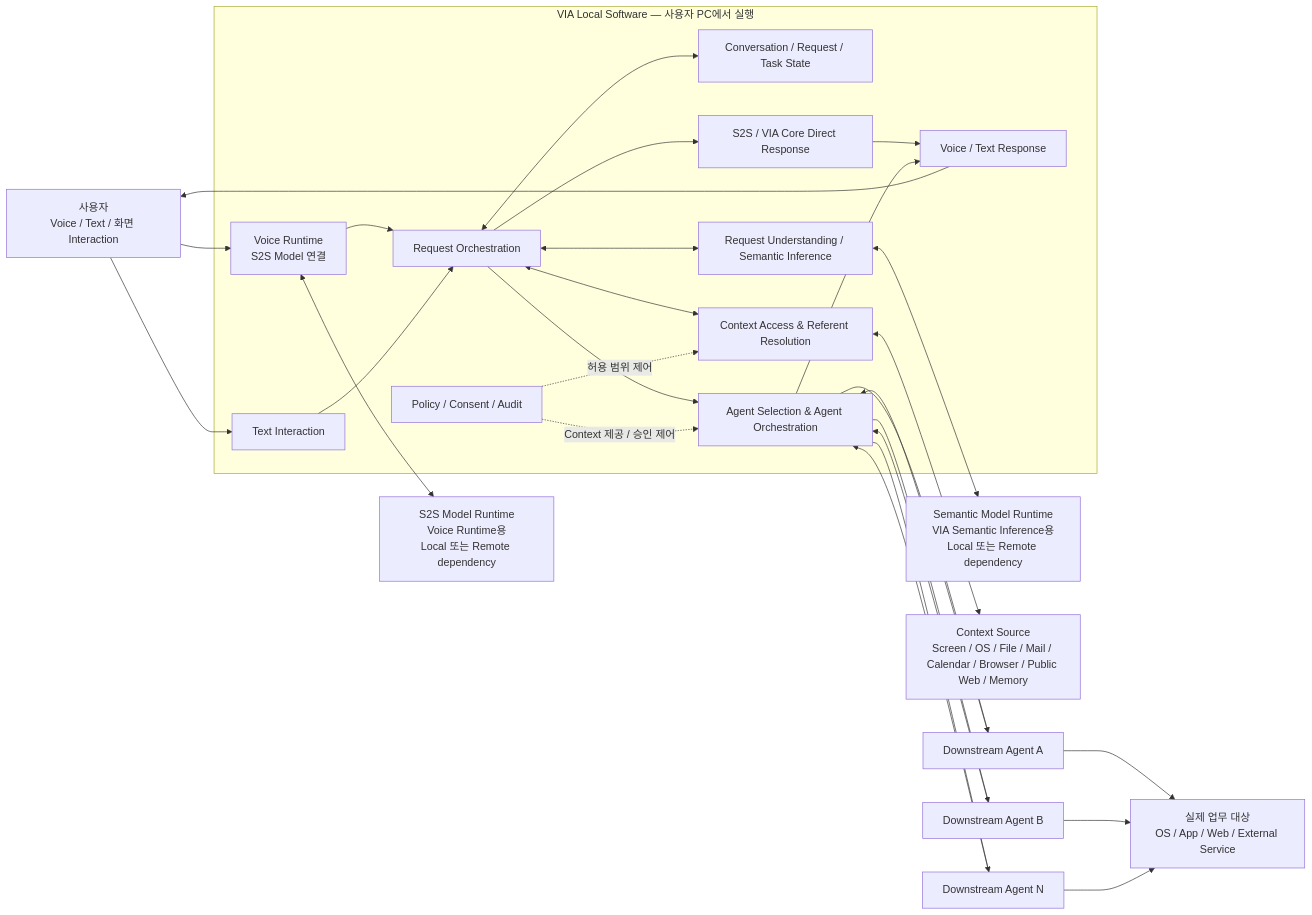
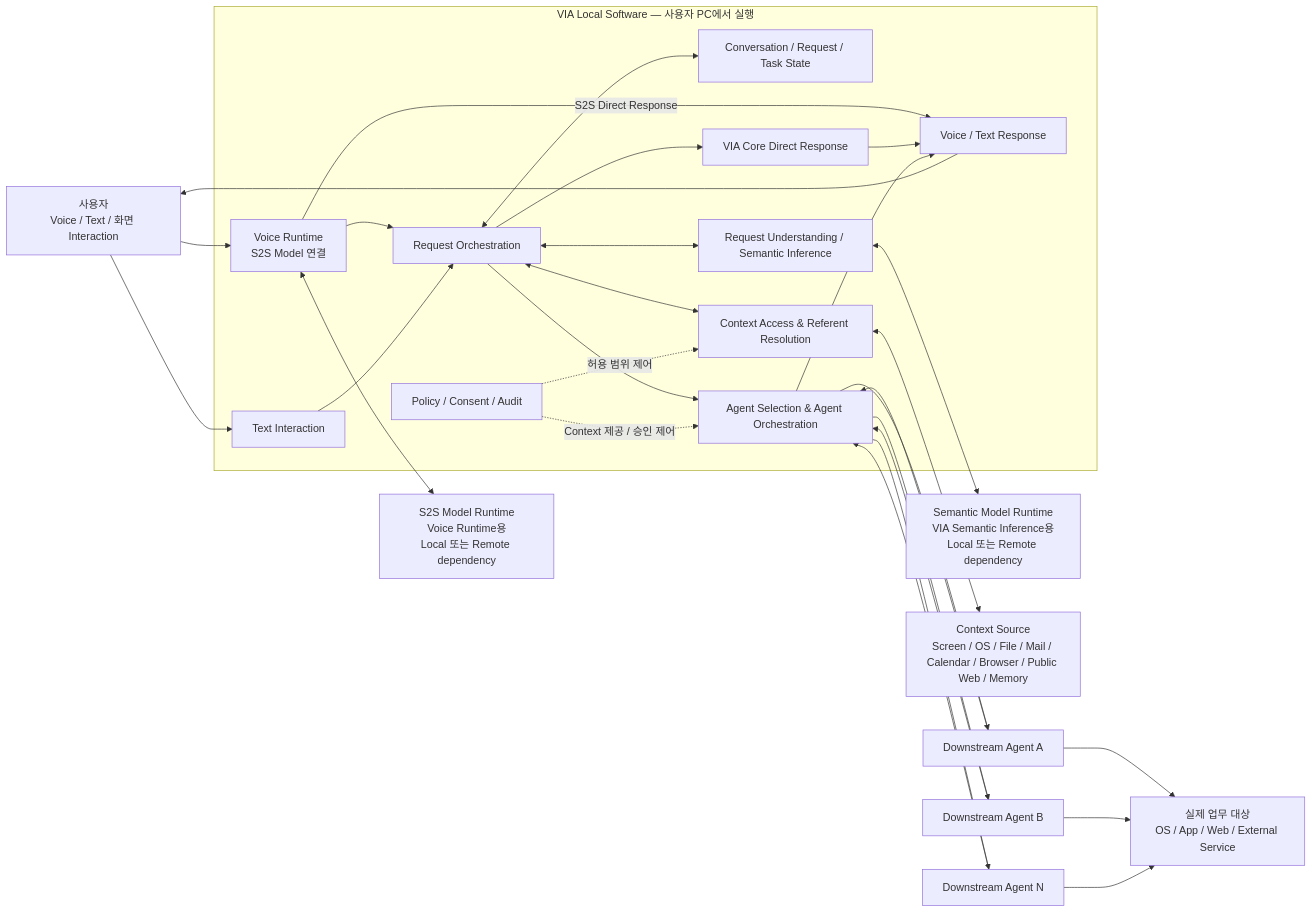
One commit to cbyche/via-sw-architecture changed the diagram in docs/rebaseline/03-fixed-architecture-scope.md. Above: the diagram before and after it, drawn with Mermaid. The commit also changed other lines of this file, not shown here.

Commit message:
docs: show S2S direct fast path and align task association

````diff
--- a/docs/rebaseline/03-fixed-architecture-scope.md
+++ b/docs/rebaseline/03-fixed-architecture-scope.md
@@ -37,62 +37,63 @@
 ```mermaid
 flowchart LR
     U["사용자<br/>Voice / Text / 화면 Interaction"]
 
     subgraph VIA["VIA Local Software — 사용자 PC에서 실행"]
         VR["Voice Runtime<br/>S2S Model 연결"]
         TI["Text Interaction"]
         CS["Conversation / Request / Task State"]
         CX["Context Access & Referent Resolution"]
         SI["Request Understanding / Semantic Inference"]
         RO["Request Orchestration"]
-        DR["S2S / VIA Core Direct Response"]
+        DR["VIA Core Direct Response"]
         AO["Agent Selection & Agent Orchestration"]
         RESP["Voice / Text Response"]
         POL["Policy / Consent / Audit"]
     end
 
     S2S["S2S Model Runtime<br/>Voice Runtime용<br/>Local 또는 Remote dependency"]
     SEM["Semantic Model Runtime<br/>VIA Semantic Inference용<br/>Local 또는 Remote dependency"]
     CTX["Context Source<br/>Screen / OS / File / Mail / Calendar / Browser / Public Web / Memory"]
 
     A1["Downstream Agent A"]
     A2["Downstream Agent B"]
     AN["Downstream Agent N"]
 
     TARGET["실제 업무 대상<br/>OS / App / Web / External Service"]
 
     U --> VR
     U --> TI
     VR <--> S2S
 
     VR --> RO
+    VR -->|"S2S Direct Response"| RESP
     TI --> RO
 
     RO <--> CS
     RO <--> CX
     RO <--> SI
     RO --> DR
     RO --> AO
 
     CX <--> CTX
     SI <--> SEM
 
     POL -. "허용 범위 제어" .-> CX
     POL -. "Context 제공 / 승인 제어" .-> AO
 
     AO --> A1
     AO --> A2
     AO --> AN
 
     A1 --> TARGET
     A2 --> TARGET
     AN --> TARGET
 
     A1 --> AO
     A2 --> AO
     AN --> AO
 
     DR --> RESP
     AO --> RESP
     RESP --> U
 ```
````
